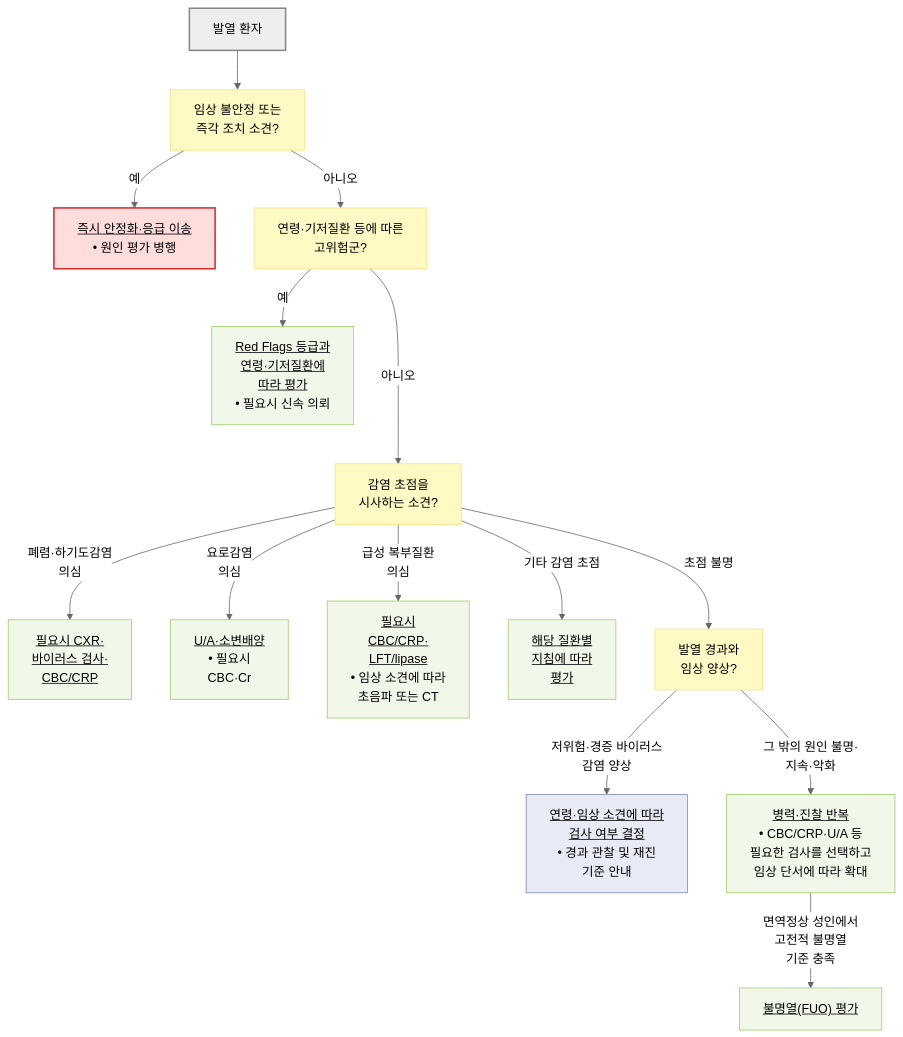
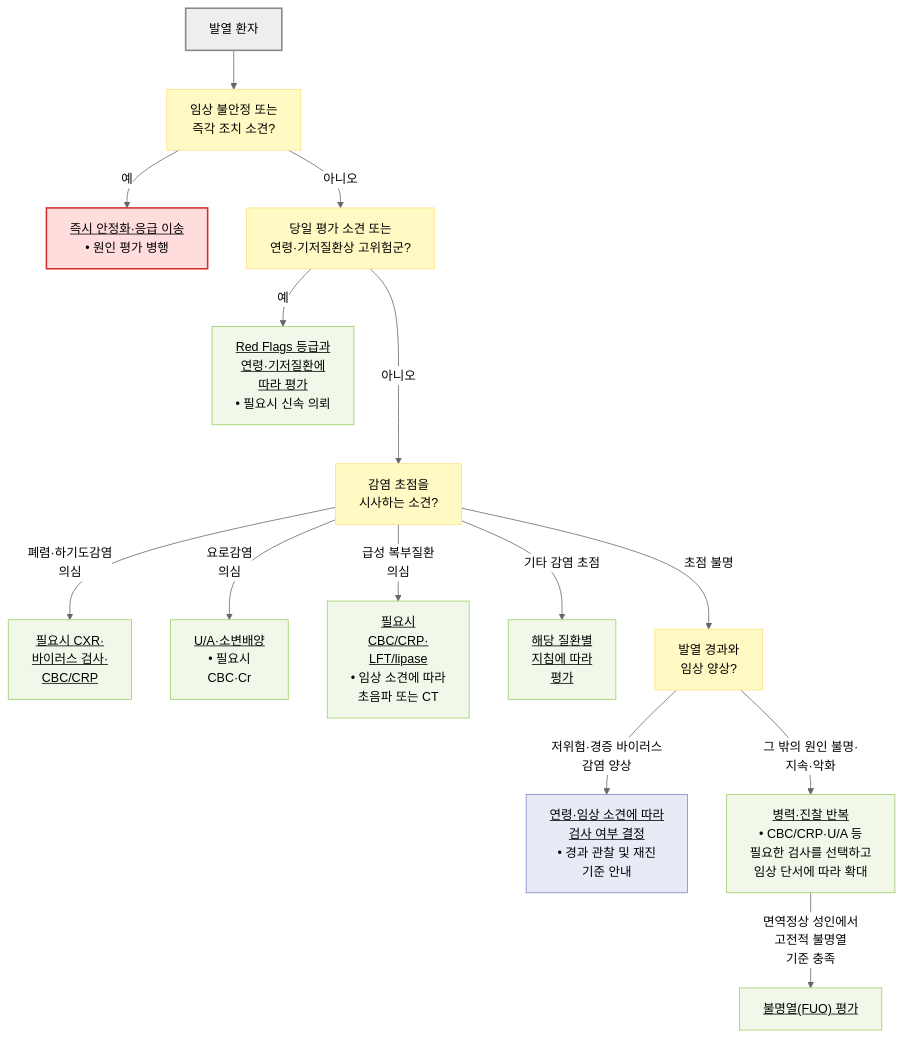
The first of 3 diagrams in 220_/011_-fever.md (familyoh77/familyoh77), drawn with Mermaid (neutral theme) before and after one commit. The commit also changed other lines of this file and 5 other files, not shown here.

````diff
--- a/220_/011_-fever.md
+++ b/220_/011_-fever.md
@@ -155,26 +155,26 @@
 ```mermaid
 flowchart TD
     A["발열 환자"] --> B["임상 불안정 또는 <br/>즉각 조치 소견?"]
     B -- "예" --> C["<u>즉시 안정화·응급 이송</u><br/>• 원인 평가 병행"]
-    B -- "아니오" --> B2["연령·기저질환 등에 따른 <br/>고위험군?"]
+    B -- "아니오" --> B2["당일 평가 소견 또는 <br/>연령·기저질환상 고위험군?"]
     B2 -- "예" --> C2["<u>Red Flags 등급과 <br/>연령·기저질환에 <br/>따라 평가</u><br/>• 필요시 신속 의뢰"]
     B2 -- "아니오" ---> D["감염 초점을 <br/>시사하는 소견?"]
     D -- "폐렴·하기도감염 <br/>의심" --> E["<u>필요시 CXR·<br/>바이러스 검사·<br/>CBC/CRP</u>"]
     D -- "요로감염 <br/>의심" --> F["<u>U/A·소변배양</u><br/>• 필요시 <br/>CBC·Cr"]
     D -- "급성 복부질환 <br/>의심" --> G["<u>필요시 <br/>CBC/CRP·<br/>LFT/lipase</u><br/>• 임상 소견에 따라 <br/>초음파 또는 CT"]
     D -- "기타 감염 초점" --> G2["<u>해당 질환별 <br/>지침에 따라 <br/>평가</u>"]
     D -- "초점 불명" --> H["발열 경과와 <br/>임상 양상?"]
     H -- "저위험·경증 바이러스 <br/>감염 양상" --> I["<u>연령·임상 소견에 따라<br/>검사 여부 결정</u><br/>• 경과 관찰 및 재진 <br/>기준 안내"]
     H -- "그 밖의 원인 불명·<br/>지속·악화" --> J["<u>병력·진찰 반복</u><br/>• CBC/CRP·U/A 등 <br/>필요한 검사를 선택하고 <br/>임상 단서에 따라 확대"]
     J -- "면역정상 성인에서 <br/>고전적 불명열 <br/>기준 충족" --> K["<u>불명열(FUO) 평가</u>"]
     classDef start fill:#eeeeee,stroke:#888888,stroke-width:2px
     classDef question fill:#fff9c4,stroke:#ffe082
     classDef emergency fill:#ffdddd,stroke:#d32f2f,stroke-width:2px
     classDef evaluation fill:#f1f8e9,stroke:#9ccc65
     classDef followup fill:#e8eaf6,stroke:#7986cb
     class A start
     class B,B2,D,H question
     class C emergency
     class C2,E,F,G,G2,J,K evaluation
     class I followup
 ```
````
